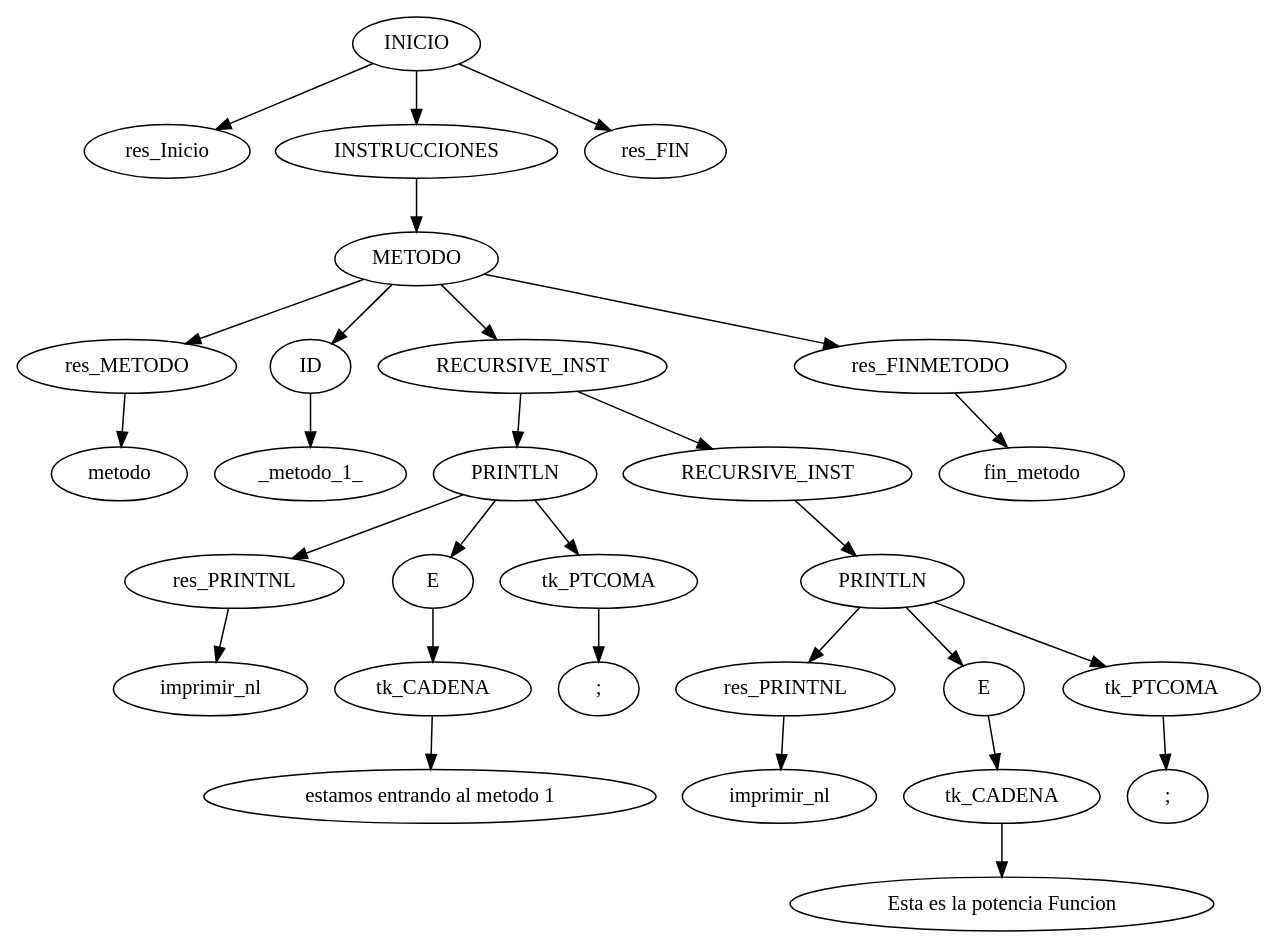
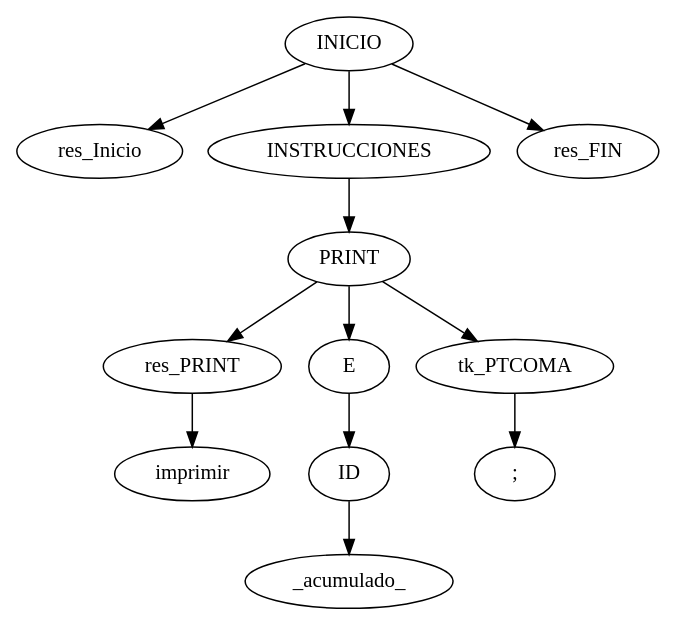
One commit to Ijosuer/-OLC1-_202000895 changed the diagram in Arbol_Sintactico.dot. Above: the diagram before and after it, drawn with Graphviz. The commit also changed 41 other files, not shown here.

```diff
--- a/Arbol_Sintactico.dot
+++ b/Arbol_Sintactico.dot
@@ -1,62 +1,28 @@
-digraph AST{
+digraph asdfsadfasdfsdf{
 
 node0[label = "INICIO"];
 node0 -> node00
 node00[label = "res_Inicio"];
 node0 -> node01
 node01[label = "INSTRUCCIONES"];
 node01 -> node010
-node010[label = "METODO"];
+node010[label = "PRINT"];
 node010 -> node0100
-node0100[label = "res_METODO"];
-node0100c[label = "metodo"];
+node0100[label = "res_PRINT"];
+node0100c[label = "imprimir"];
 node0100 -> node0100c
 node010 -> node0101
-node0101[label = "ID"];
-node0101c[label = "_metodo_1_"];
-node0101 -> node0101c
+node0101[label = "E"];
+node0101 -> node01010
+node01010[label = "ID"];
+node01010c[label = "_acumulado_"];
+node01010 -> node01010c
 node010 -> node0102
-node0102[label = "RECURSIVE_INST"];
-node0102 -> node01020
-node01020[label = "PRINTLN"];
-node01020 -> node010200
-node010200[label = "res_PRINTNL"];
-node010200c[label = "imprimir_nl"];
-node010200 -> node010200c
-node01020 -> node010201
-node010201[label = "E"];
-node010201 -> node0102010
-node0102010[label = "tk_CADENA"];
-node0102010c[label = "estamos entrando al metodo 1"];
-node0102010 -> node0102010c
-node01020 -> node010202
-node010202[label = "tk_PTCOMA"];
-node010202c[label = ";"];
-node010202 -> node010202c
-node0102 -> node01021
-node01021[label = "RECURSIVE_INST"];
-node01021 -> node010210
-node010210[label = "PRINTLN"];
-node010210 -> node0102100
-node0102100[label = "res_PRINTNL"];
-node0102100c[label = "imprimir_nl"];
-node0102100 -> node0102100c
-node010210 -> node0102101
-node0102101[label = "E"];
-node0102101 -> node01021010
-node01021010[label = "tk_CADENA"];
-node01021010c[label = " Esta es la potencia Funcion"];
-node01021010 -> node01021010c
-node010210 -> node0102102
-node0102102[label = "tk_PTCOMA"];
-node0102102c[label = ";"];
-node0102102 -> node0102102c
-node010 -> node0103
-node0103[label = "res_FINMETODO"];
-node0103c[label = "fin_metodo"];
-node0103 -> node0103c
+node0102[label = "tk_PTCOMA"];
+node0102c[label = ";"];
+node0102 -> node0102c
 node0 -> node02
 node02[label = "res_FIN"];
 
 
 }
```
